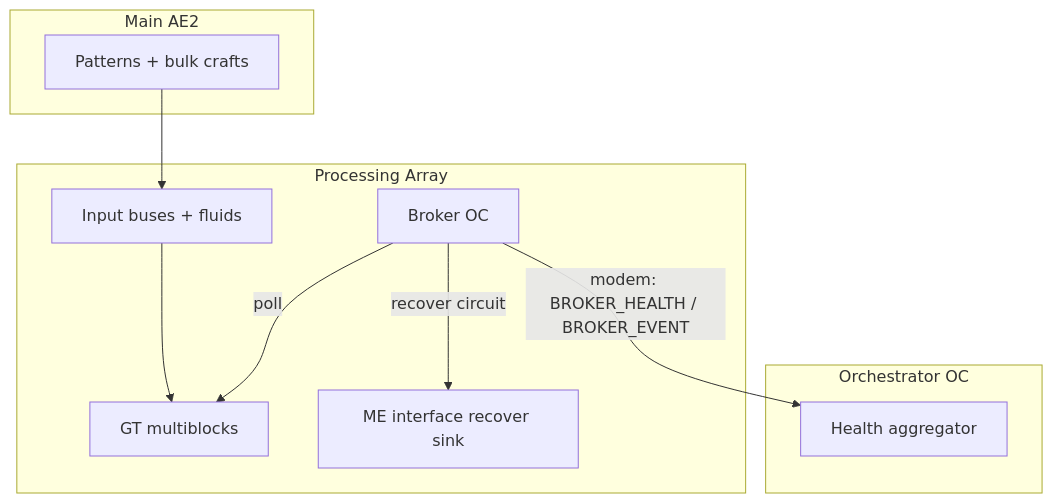
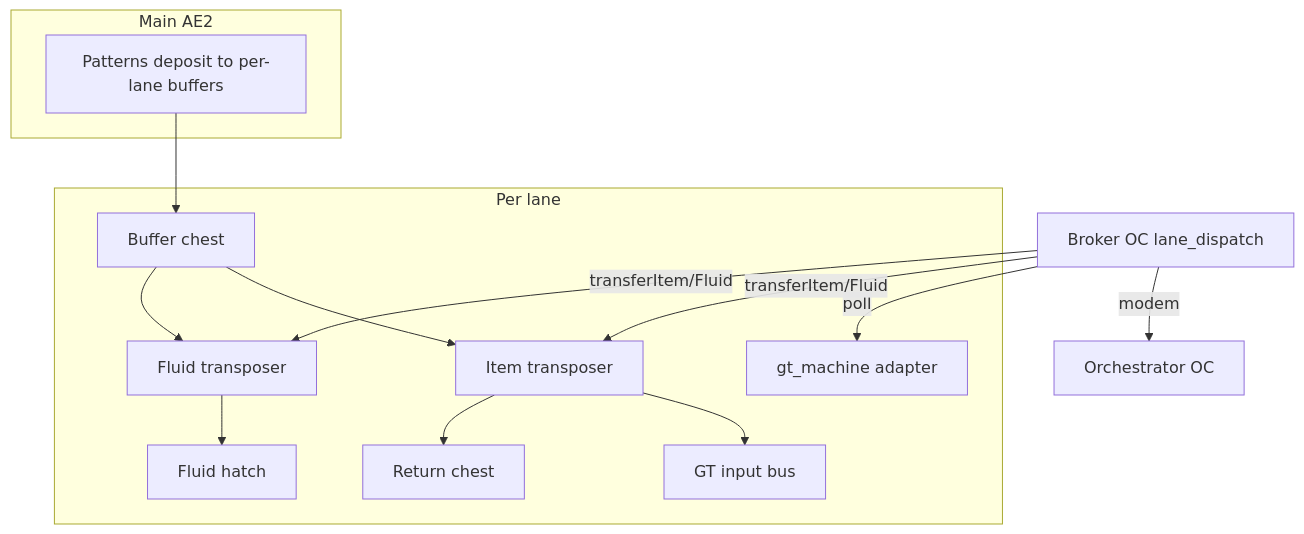
One commit to tjmeltesen/AutoOS changed the second of 2 diagrams in README.md. Above: the diagram before and after it, drawn with Mermaid. The commit also changed other lines of this file and 186 other files, not shown here.

Commit message:
architecture change with new refs

````diff
--- a/README.md
+++ b/README.md
@@ -452,18 +453,25 @@
 ```mermaid
 flowchart TB
   subgraph mainNet [Main AE2]
-    AE[Patterns + bulk crafts]
+    AE[Patterns deposit to per-lane buffers]
   end
-  subgraph array [Processing Array]
-    AE --> InputBuses[Input buses + fluids]
-    InputBuses --> GT[GT multiblocks]
-    RecoverIF[ME interface recover sink]
-    Broker[Broker OC]
-    Broker -->|poll| GT
-    Broker -->|recover circuit| RecoverIF
+  subgraph lane [Per lane]
+    Buf[Buffer chest]
+    ItemTP[Item transposer]
+    FluidTP[Fluid transposer]
+    Bus[GT input bus]
+    Hatch[Fluid hatch]
+    Ret[Return chest]
+    GT[gt_machine adapter]
+    Buf --> ItemTP --> Bus
+    Buf --> FluidTP --> Hatch
+    ItemTP --> Ret
   end
-  subgraph coord [Orchestrator OC]
-    Orch[Health aggregator]
-  end
-  Broker -->|"modem: BROKER_HEALTH / BROKER_EVENT"| Orch
+  Broker[Broker OC lane_dispatch]
+  Orch[Orchestrator OC]
+  Broker -->|poll| GT
+  Broker -->|transferItem/Fluid| ItemTP
+  Broker -->|transferItem/Fluid| FluidTP
+  Broker -->|"modem"| Orch
+  AE --> Buf
 ```
````
